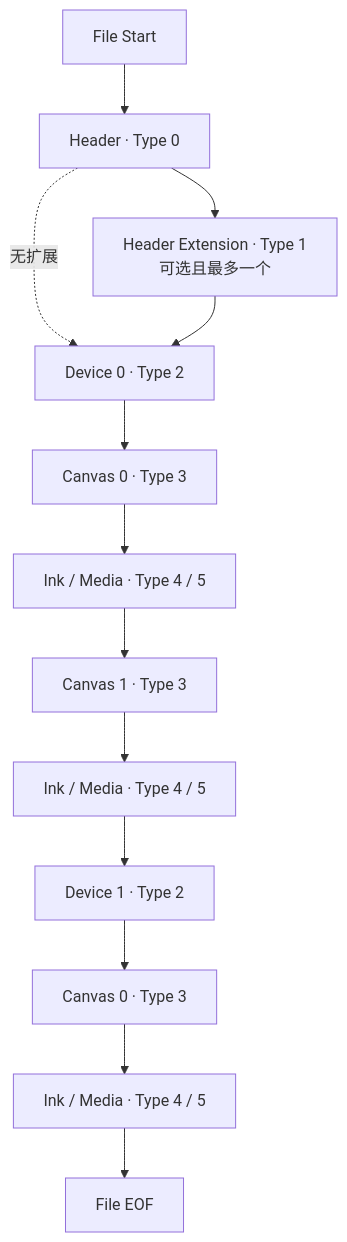
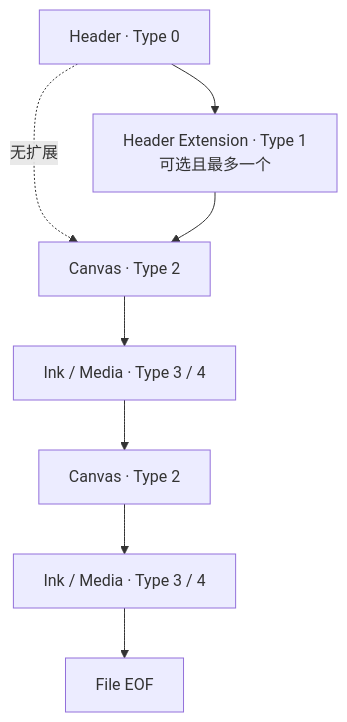
One commit to Alan-CRL/inkeys.top changed the diagram in docs/standard/file/main.md. Above: the diagram before and after it, drawn with Mermaid. The commit also changed other lines of this file and 11 other files, not shown here.

````diff
--- a/docs/standard/file/main.md
+++ b/docs/standard/file/main.md
@@ -9,15 +9,10 @@
 ```mermaid
 flowchart TB
-  Start["File Start"] --> H["Header · Type 0"]
-  H --> HE["Header Extension · Type 1<br/>可选且最多一个"]
-  H -. "无扩展" .-> D1
-  HE --> D1["Device 0 · Type 2"]
-  D1 --> C1["Canvas 0 · Type 3"]
-  C1 --> B1["Ink / Media · Type 4 / 5"]
-  B1 --> C2["Canvas 1 · Type 3"]
-  C2 --> B2["Ink / Media · Type 4 / 5"]
-  B2 --> D2["Device 1 · Type 2"]
-  D2 --> C3["Canvas 0 · Type 3"]
-  C3 --> B3["Ink / Media · Type 4 / 5"]
-  B3 --> EOF["File EOF"]
+  H["Header · Type 0"] --> HE["Header Extension · Type 1<br/>可选且最多一个"]
+  H -. "无扩展" .-> C1
+  HE --> C1["Canvas · Type 2"]
+  C1 --> B1["Ink / Media · Type 3 / 4"]
+  B1 --> C2["Canvas · Type 2"]
+  C2 --> B2["Ink / Media · Type 3 / 4"]
+  B2 --> EOF["File EOF"]
 ```
````
